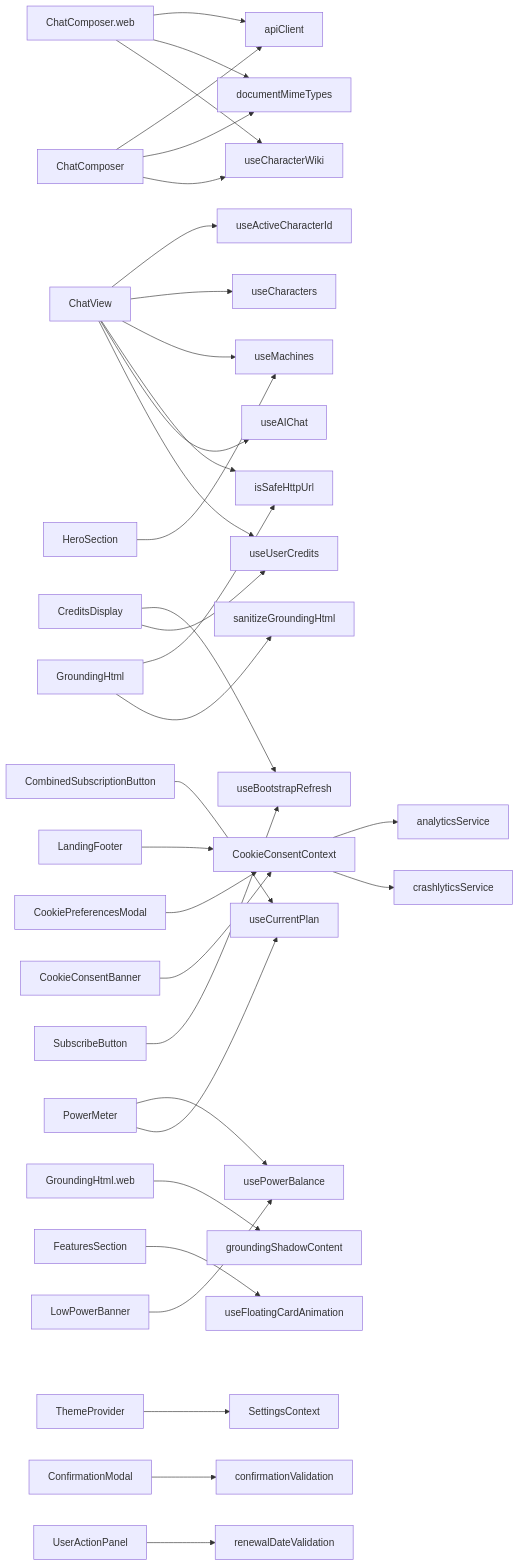
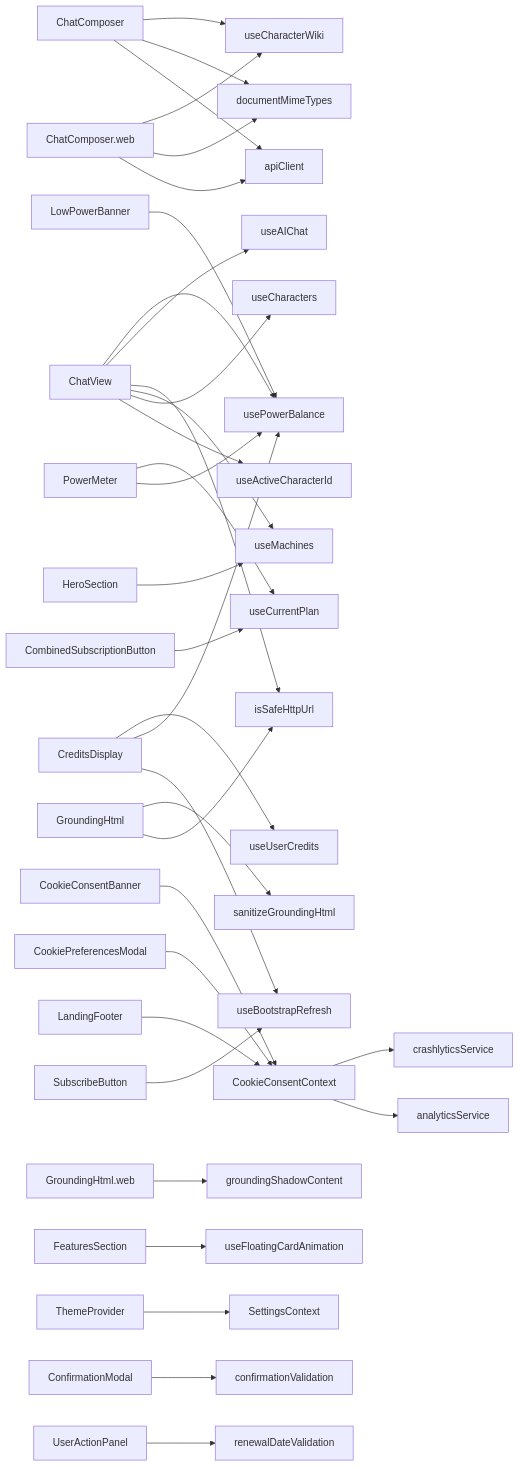
The diagram in docs/flowcharts/COMPONENTS.md (equationalapplications/clanker), drawn with Mermaid before and after one commit. The commit also changed 12 other files, not shown here.

````diff
--- a/docs/flowcharts/COMPONENTS.md
+++ b/docs/flowcharts/COMPONENTS.md
@@ -4,35 +4,36 @@
 ```mermaid
 graph LR
   ChatComposer --> useCharacterWiki
   ChatComposer --> documentMimeTypes
   ChatComposer --> apiClient
   ChatComposer.web --> useCharacterWiki
   ChatComposer.web --> documentMimeTypes
   ChatComposer.web --> apiClient
-  ChatView --> useUserCredits
+  ChatView --> usePowerBalance
   ChatView --> useAIChat
   ChatView --> isSafeHttpUrl
   ChatView --> useMachines
   ChatView --> useCharacters
   ChatView --> useActiveCharacterId
   CombinedSubscriptionButton --> useCurrentPlan
   CookieConsentBanner --> CookieConsentContext
   CookieConsentContext --> crashlyticsService
   CookieConsentContext --> analyticsService
   CookiePreferencesModal --> CookieConsentContext
   CreditsDisplay --> useUserCredits
+  CreditsDisplay --> usePowerBalance
   CreditsDisplay --> useBootstrapRefresh
   GroundingHtml --> sanitizeGroundingHtml
   GroundingHtml --> isSafeHttpUrl
   GroundingHtml.web --> groundingShadowContent
   FeaturesSection --> useFloatingCardAnimation
   HeroSection --> useMachines
   LandingFooter --> CookieConsentContext
   LowPowerBanner --> usePowerBalance
   PowerMeter --> useCurrentPlan
   PowerMeter --> usePowerBalance
   SubscribeButton --> useBootstrapRefresh
   ThemeProvider --> SettingsContext
   ConfirmationModal --> confirmationValidation
   UserActionPanel --> renewalDateValidation
 ```
````
